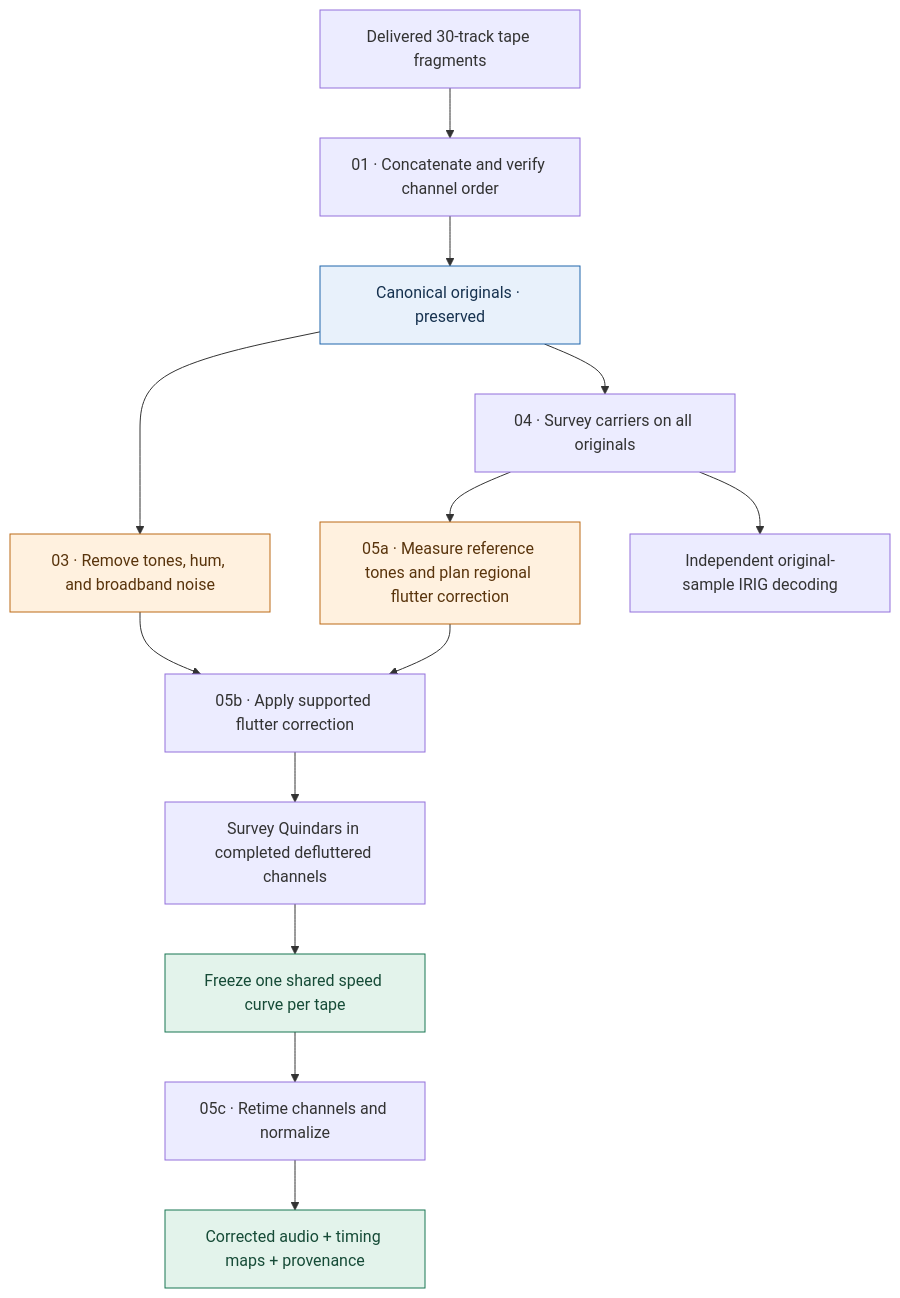
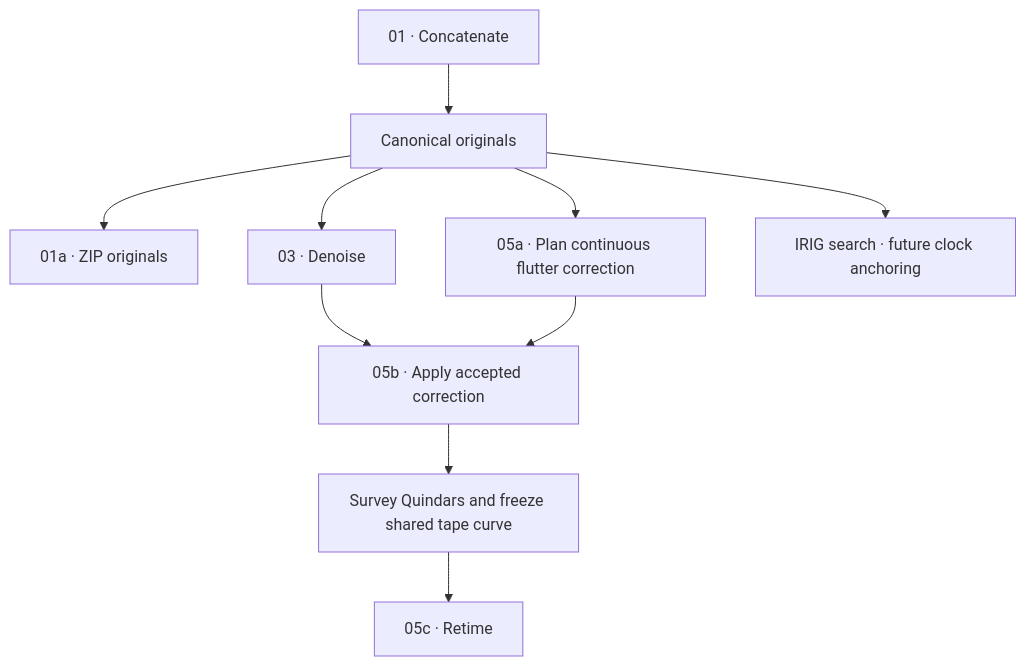
Before and after one commit to bfeist/Apollo_15: the diagram in README.md, drawn with Mermaid. The commit also changed other lines of this file and 120 other files, not shown here.

Commit message:
Streamline pipeline around continuous deflutter and IRIG search

````diff
--- a/README.md
+++ b/README.md
@@ -21,20 +15,12 @@
 ```mermaid
 flowchart TD
-    A[Delivered 30-track tape fragments] --> B[01 · Concatenate and verify channel order]
-    B --> C[Canonical originals · preserved]
-    C --> D[03 · Remove tones, hum, and broadband noise]
-    C --> S[04 · Survey carriers on all originals]
-    S --> E[05a · Measure reference tones and plan regional flutter correction]
-    S --> K[Independent original-sample IRIG decoding]
-    D --> F[05b · Apply supported flutter correction]
+    A[01 · Concatenate] --> B[Canonical originals]
+    B --> C[01a · ZIP originals]
+    B --> D[03 · Denoise]
+    B --> E[05a · Plan continuous flutter correction]
+    D --> F[05b · Apply accepted correction]
     E --> F
-    F --> G[Survey Quindars in completed defluttered channels]
-    G --> H[Freeze one shared speed curve per tape]
-    H --> I[05c · Retime channels and normalize]
-    I --> J[Corrected audio + timing maps + provenance]
-    style C fill:#e8f1fb,stroke:#2166ac,color:#16324f
-    style D fill:#fff1df,stroke:#bc6a16,color:#59340c
-    style E fill:#fff1df,stroke:#bc6a16,color:#59340c
-    style H fill:#e3f3eb,stroke:#187653,color:#164b37
-    style J fill:#e3f3eb,stroke:#187653,color:#164b37
+    F --> G[Survey Quindars and freeze shared tape curve]
+    G --> H[05c · Retime]
+    B --> I[IRIG search · future clock anchoring]
 ```
````
